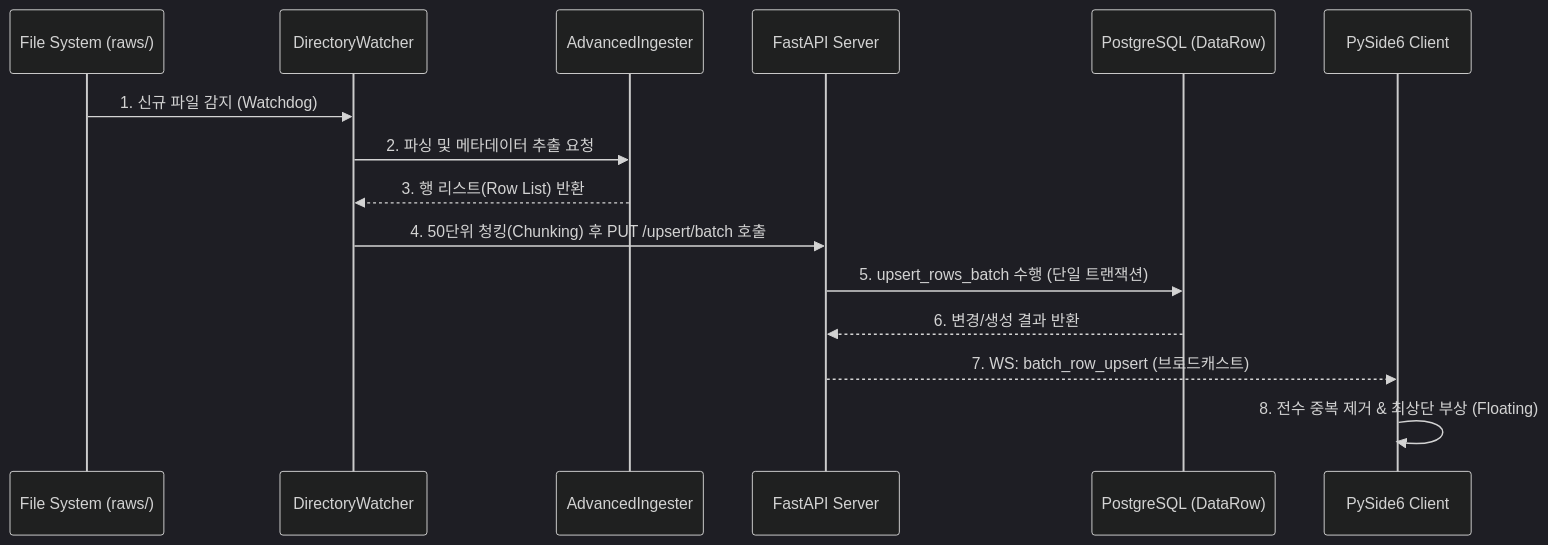
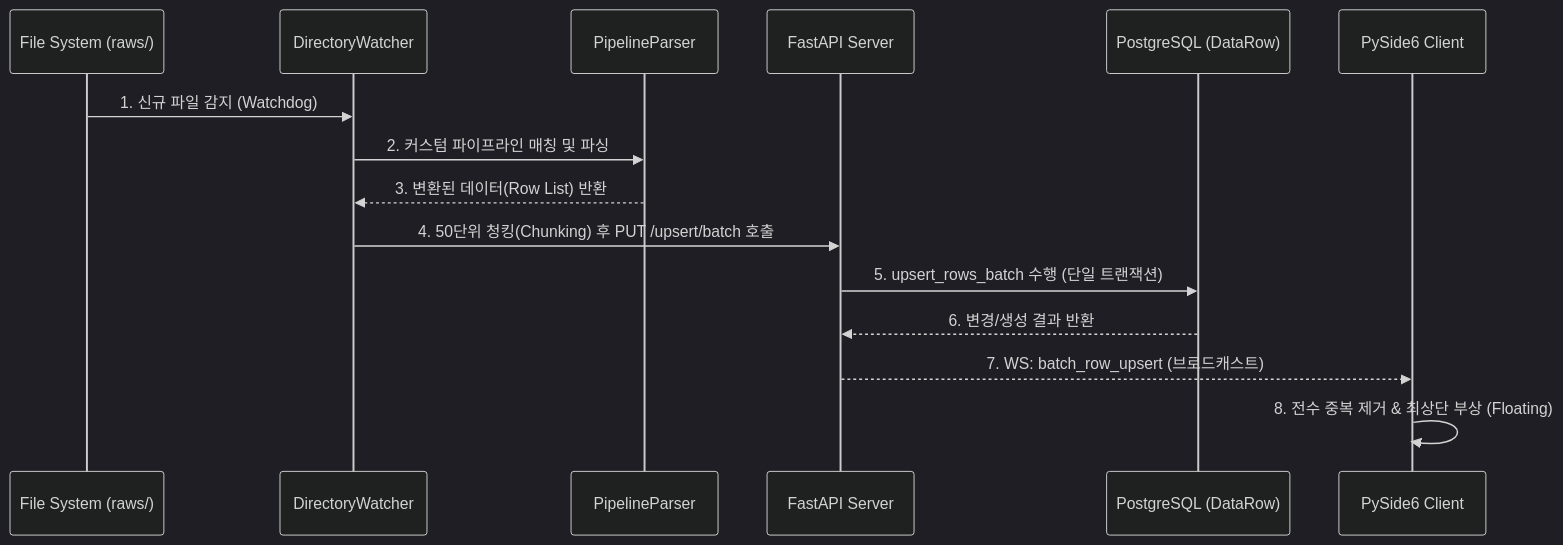
The diagram in docs/spec/BATCH_PROCESSING_SPEC.md (tiger4432/tableManager), drawn with Mermaid (dark theme) before and after one commit. The commit also changed other lines of this file and 4 other files, not shown here.

Commit message:
feat: remove default AdvancedIngester fallback and enforce pipeline parser matching

````diff
--- a/docs/spec/BATCH_PROCESSING_SPEC.md
+++ b/docs/spec/BATCH_PROCESSING_SPEC.md
@@ -11,18 +11,18 @@
 ```mermaid
 sequenceDiagram
     participant OS as File System (raws/)
     participant DW as DirectoryWatcher
-    participant AD as AdvancedIngester
+    participant PP as PipelineParser
     participant API as FastAPI Server
     participant DB as PostgreSQL (DataRow)
     participant UI as PySide6 Client
 
     OS->>DW: 1. 신규 파일 감지 (Watchdog)
-    DW->>AD: 2. 파싱 및 메타데이터 추출 요청
-    AD-->>DW: 3. 행 리스트(Row List) 반환
+    DW->>PP: 2. 커스텀 파이프라인 매칭 및 파싱
+    PP-->>DW: 3. 변환된 데이터(Row List) 반환
     DW->>API: 4. 50단위 청킹(Chunking) 후 PUT /upsert/batch 호출
     API->>DB: 5. upsert_rows_batch 수행 (단일 트랜잭션)
     DB-->>API: 6. 변경/생성 결과 반환
     API-->>UI: 7. WS: batch_row_upsert (브로드캐스트)
     UI->>UI: 8. 전수 중복 제거 & 최상단 부상 (Floating)
 ```
````
